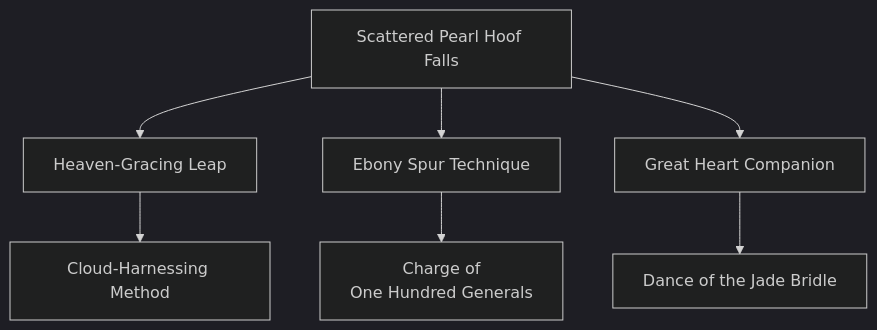
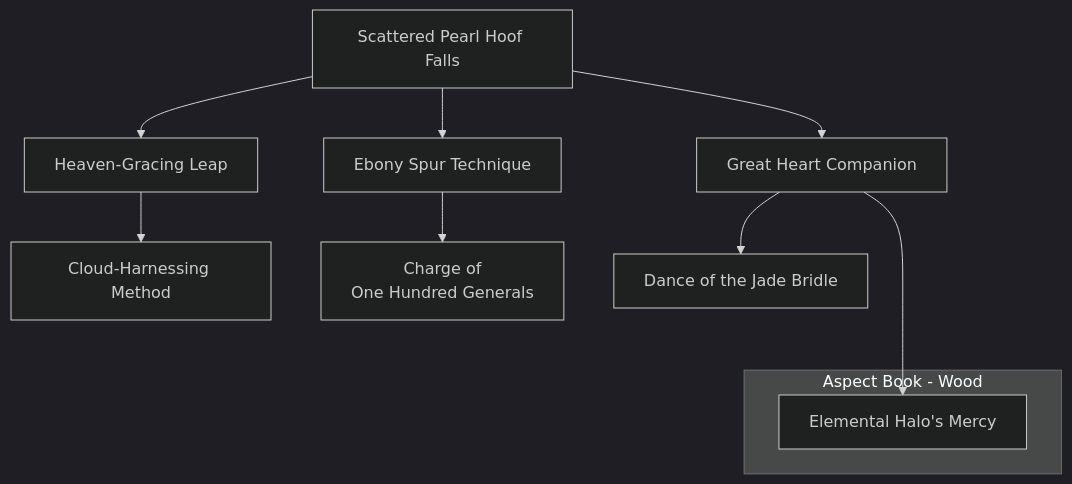
One commit to jrobichaud/exalted-charms-1e changed the diagram in docs/mermaid/dragon_blooded/wood_ride_1.mmd. Above: the diagram before and after it, drawn with Mermaid. The commit also changed 4 other files, not shown here.

Commit message:
Aspect book wood

```diff
--- a/docs/mermaid/dragon_blooded/wood_ride_1.mmd
+++ b/docs/mermaid/dragon_blooded/wood_ride_1.mmd
@@ -216,3 +216,30 @@
         of mistreatment. Such fierce-natured beasts may fight to the
         death rather than submit again to a cruel master.
         "
+
+    subgraph Aspect Book - Wood
+        elemental_halos_mercy[Elemental Halo's Mercy]
+        click elemental_halos_mercy callback "
+            Elemental Halo's Mercy<br>
+            <br>
+            Cost: 3 motes<br>
+            Duration: One scene<br>
+            Type: Simple<br>
+            Minimum Ride: 4<br>
+            Minimum Essence: 3<br>
+            Prerequisite Charms: Great Heart Companion<br>
+            <br>
+            The powerful elemental anima of a Dragon-Blood
+            often injures all those nearby. This is especially problematic
+            for Dragon-Blooded who employ mounts. By way of this
+            Charm, a Dragon-Blood may protect his steed from the
+            damaging effects of his anima flux. With but a moments
+            concentration and a touch, the Dragon-Blood may infuse
+            his mount with a portion of his own Essence, shielding it
+            from the damaging of effects of his elemental banner.<br>
+            For the duration of the scene, a mount affected by
+            this Charm will suffer no damage from the Dragon-Blood's
+            anima flux.
+            "
+    end
+    great_heart_companion ---> elemental_halos_mercy
```
